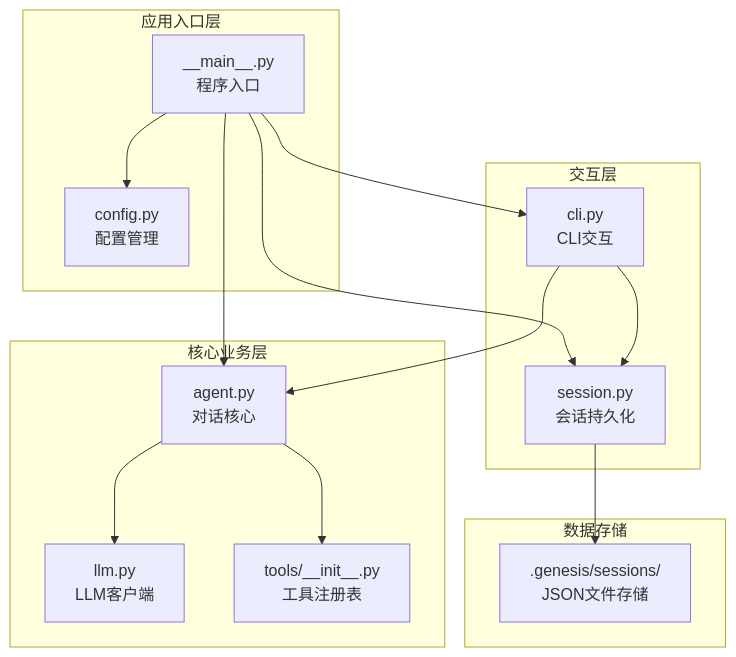
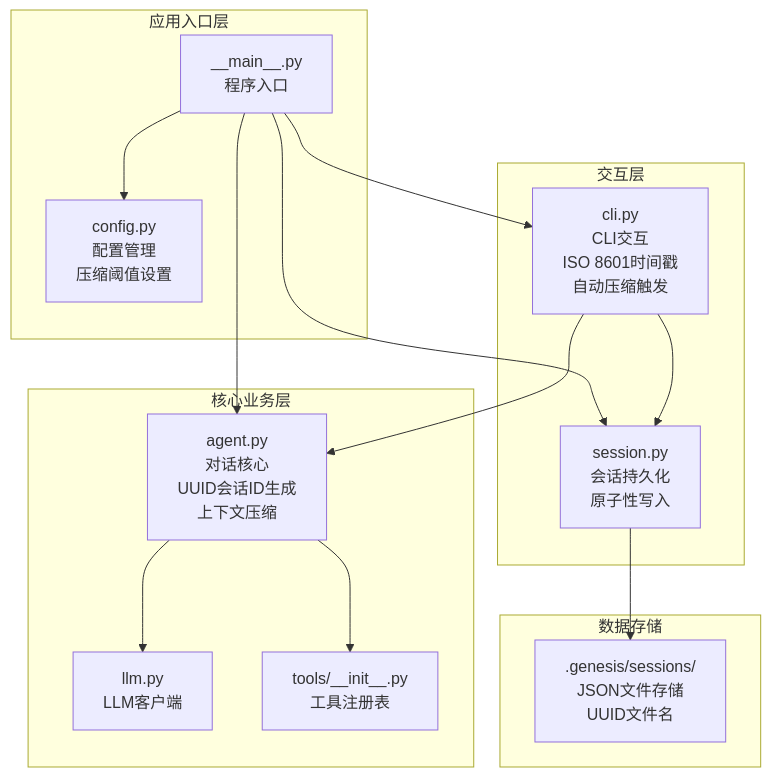
The first of 9 diagrams in .qoder/repowiki/zh/content/核心模块详解/会话持久化系统.md (250shiwo/MySmallAgent), drawn with Mermaid before and after one commit. The commit also changed other lines of this file and 41 other files, not shown here.

````diff
--- a/.qoder/repowiki/zh/content/核心模块详解/会话持久化系统.md
+++ b/.qoder/repowiki/zh/content/核心模块详解/会话持久化系统.md
@@ -37,28 +49,28 @@
 ```mermaid
 graph TB
 subgraph "应用入口层"
 Main[__main__.py<br/>程序入口]
-Config[config.py<br/>配置管理]
+Config[config.py<br/>配置管理<br/>压缩阈值设置]
 end
 subgraph "核心业务层"
-Agent[agent.py<br/>对话核心]
+Agent[agent.py<br/>对话核心<br/>UUID会话ID生成<br/>上下文压缩]
 LLM[llm.py<br/>LLM客户端]
 Tools[tools/__init__.py<br/>工具注册表]
 end
 subgraph "交互层"
-CLI[cli.py<br/>CLI交互]
-Session[session.py<br/>会话持久化]
+CLI[cli.py<br/>CLI交互<br/>ISO 8601时间戳<br/>自动压缩触发]
+Session[session.py<br/>会话持久化<br/>原子性写入]
 end
 subgraph "数据存储"
-Storage[.genesis/sessions/<br/>JSON文件存储]
+Storage[.genesis/sessions/<br/>JSON文件存储<br/>UUID文件名]
 end
 Main --> Config
 Main --> Agent
 Main --> CLI
 Main --> Session
 Agent --> LLM
 Agent --> Tools
 CLI --> Agent
 CLI --> Session
 Session --> Storage
 ```
````
